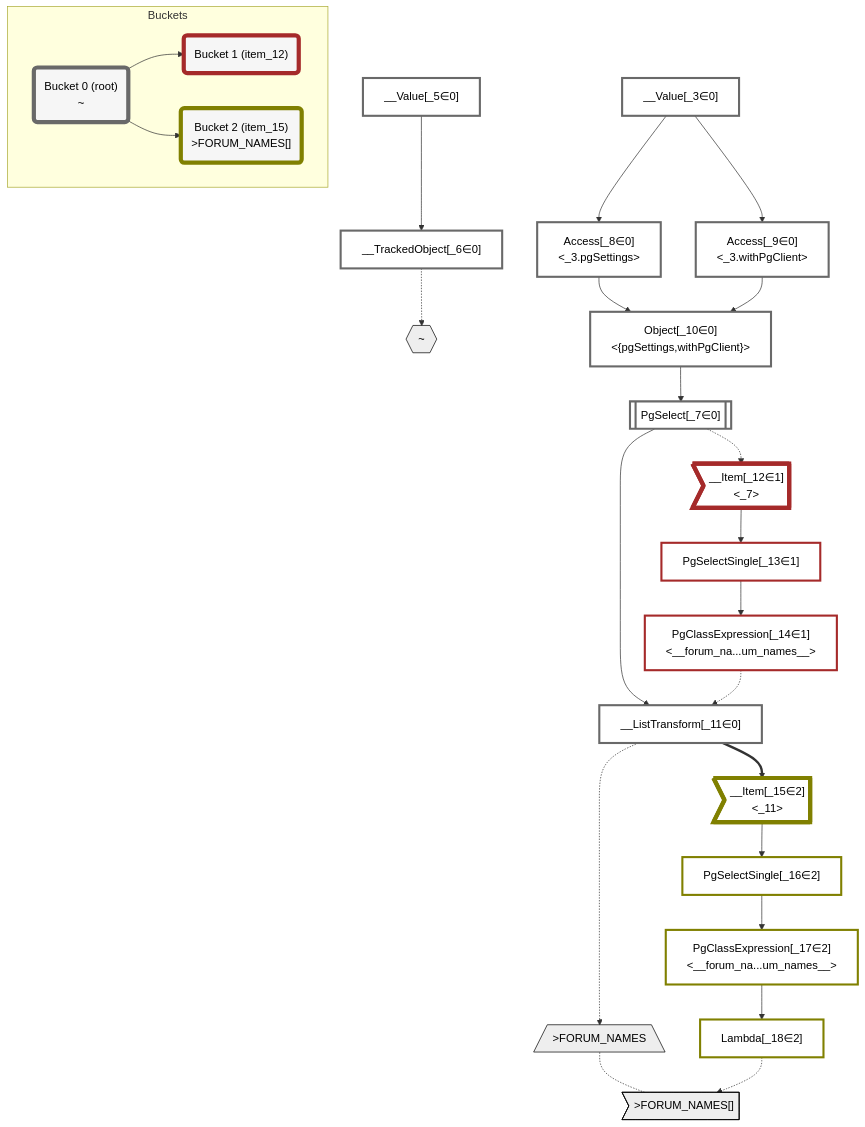
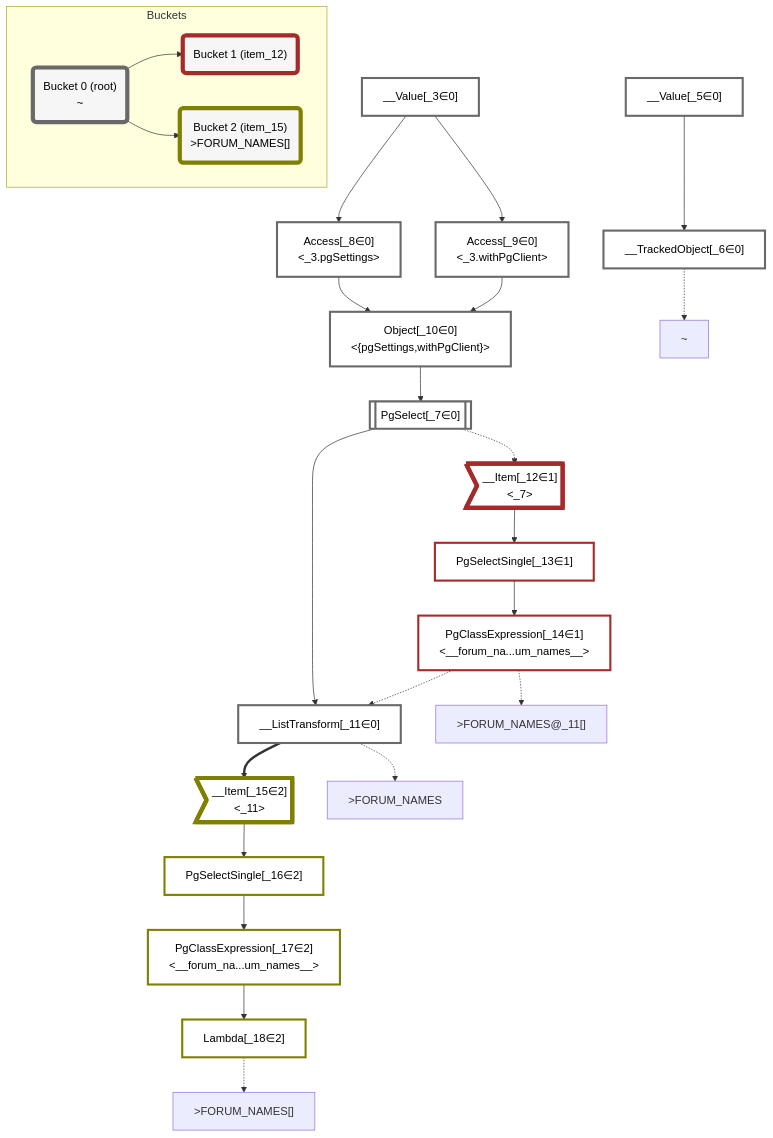
Before and after one commit to graphile/crystal: the diagram in packages/dataplan-pg/__tests__/queries/functions/custom-query-forum-names-upper.deopt.mermaid.md, drawn with Mermaid. The commit also changed 195 other files, not shown here.

````diff
--- a/packages/dataplan-pg/__tests__/queries/functions/custom-query-forum-names-upper.deopt.mermaid.md
+++ b/packages/dataplan-pg/__tests__/queries/functions/custom-query-forum-names-upper.deopt.mermaid.md
@@ -1,74 +1,72 @@
 ```mermaid
 graph TD
     classDef path fill:#eee,stroke:#000,color:#000
     classDef plan fill:#fff,stroke-width:3px,color:#000
     classDef itemplan fill:#fff,stroke-width:6px,color:#000
     classDef sideeffectplan fill:#f00,stroke-width:6px,color:#000
     classDef bucket fill:#f6f6f6,color:#000,stroke-width:6px
 
-    %% subgraph fields
-    P1{{"~"}}:::path
-    P2[/">FORUM_NAMES"\]:::path
-    P3>">FORUM_NAMES[]"]:::path
-    P2 -.- P3
-    %% P1 -.-> P2
-    %% end
 
     %% define plans
     __Value_3["__Value[_3∈0]<br /><context>"]:::plan
     __Value_5["__Value[_5∈0]<br /><rootValue>"]:::plan
     __TrackedObject_6["__TrackedObject[_6∈0]"]:::plan
     PgSelect_7[["PgSelect[_7∈0]<br /><forum_names>"]]:::plan
     Access_8["Access[_8∈0]<br /><_3.pgSettings>"]:::plan
     Access_9["Access[_9∈0]<br /><_3.withPgClient>"]:::plan
     Object_10["Object[_10∈0]<br /><{pgSettings,withPgClient}>"]:::plan
     __ListTransform_11["__ListTransform[_11∈0]<br /><each:_7>"]:::plan
     __Item_12>"__Item[_12∈1]<br /><_7>"]:::itemplan
     PgSelectSingle_13["PgSelectSingle[_13∈1]<br /><text>"]:::plan
     PgClassExpression_14["PgClassExpression[_14∈1]<br /><__forum_na...um_names__>"]:::plan
     __Item_15>"__Item[_15∈2]<br /><_11>"]:::itemplan
     PgSelectSingle_16["PgSelectSingle[_16∈2]<br /><text>"]:::plan
     PgClassExpression_17["PgClassExpression[_17∈2]<br /><__forum_na...um_names__>"]:::plan
     Lambda_18["Lambda[_18∈2]"]:::plan
 
     %% plan dependencies
     __Value_5 --> __TrackedObject_6
     Object_10 --> PgSelect_7
     __Value_3 --> Access_8
     __Value_3 --> Access_9
     Access_8 --> Object_10
     Access_9 --> Object_10
     PgSelect_7 --> __ListTransform_11
     PgClassExpression_14 -.-> __ListTransform_11
     PgSelect_7 -.-> __Item_12
     __Item_12 --> PgSelectSingle_13
     PgSelectSingle_13 --> PgClassExpression_14
     __ListTransform_11 ==> __Item_15
     __Item_15 --> PgSelectSingle_16
     PgSelectSingle_16 --> PgClassExpression_17
     PgClassExpression_17 --> Lambda_18
 
     %% plan-to-path relationships
+    P1["~"]
     __TrackedObject_6 -.-> P1
-    __ListTransform_11 -.-> P2
-    Lambda_18 -.-> P3
+    P2[">FORUM_NAMES@_11[]"]
+    PgClassExpression_14 -.-> P2
+    P3[">FORUM_NAMES"]
+    __ListTransform_11 -.-> P3
+    P4[">FORUM_NAMES[]"]
+    Lambda_18 -.-> P4
 
     %% allocate buckets
     classDef bucket0 stroke:#696969
     class __Value_3,__Value_5,__TrackedObject_6,PgSelect_7,Access_8,Access_9,Object_10,__ListTransform_11 bucket0
     classDef bucket1 stroke:#a52a2a
     class __Item_12,PgSelectSingle_13,PgClassExpression_14 bucket1
     classDef bucket2 stroke:#808000
     class __Item_15,PgSelectSingle_16,PgClassExpression_17,Lambda_18 bucket2
 
     subgraph Buckets
     Bucket0("Bucket 0 (root)<br />~"):::bucket
     style Bucket0 stroke:#696969
     Bucket1("Bucket 1 (item_12)"):::bucket
     style Bucket1 stroke:#a52a2a
     Bucket0 --> Bucket1
     Bucket2("Bucket 2 (item_15)<br />>FORUM_NAMES[]"):::bucket
     style Bucket2 stroke:#808000
     Bucket0 --> Bucket2
     end
 ```
````
